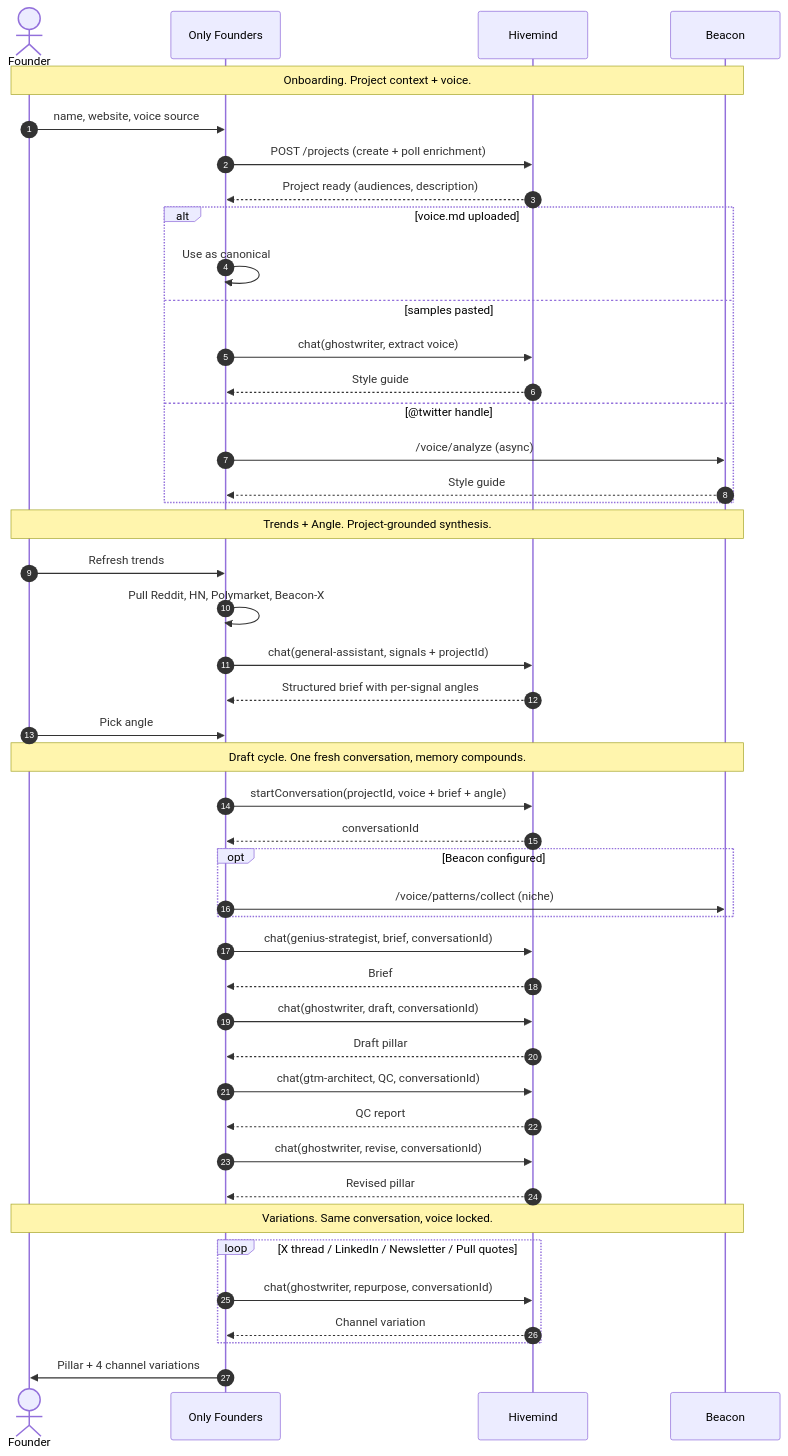
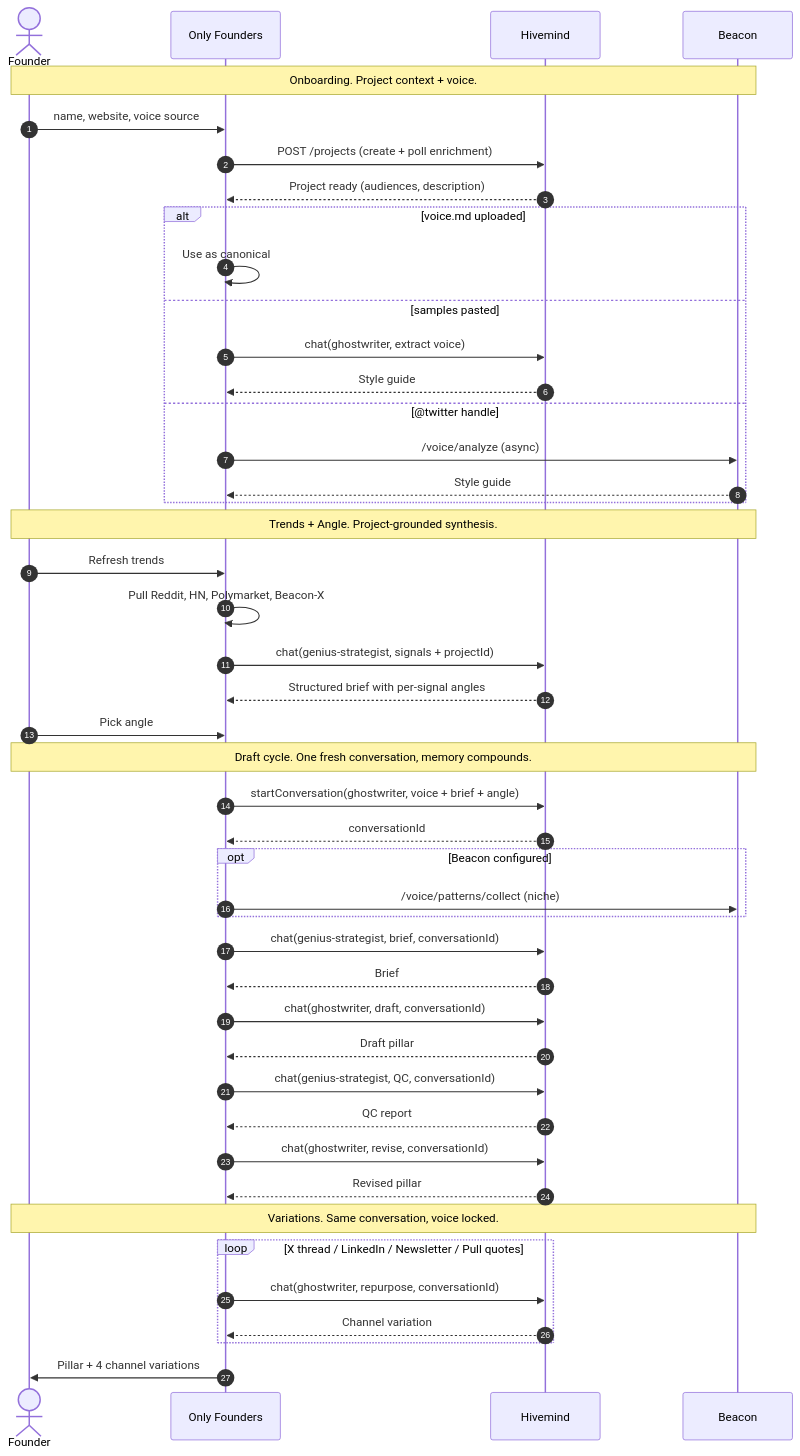
The second of 2 diagrams in README.md (Myosin-xyz/hivemind-hackathon-onlyfounders), drawn with Mermaid before and after one commit. The commit also changed other lines of this file and 5 other files, not shown here.

````diff
--- a/README.md
+++ b/README.md
@@ -43,52 +57,52 @@
 ```mermaid
 sequenceDiagram
     autonumber
     actor F as Founder
     participant App as Only Founders
     participant H as Hivemind
     participant B as Beacon
 
     Note over F,B: Onboarding. Project context + voice.
     F->>App: name, website, voice source
     App->>H: POST /projects (create + poll enrichment)
     H-->>App: Project ready (audiences, description)
     alt voice.md uploaded
         App->>App: Use as canonical
     else samples pasted
         App->>H: chat(ghostwriter, extract voice)
         H-->>App: Style guide
     else @twitter handle
         App->>B: /voice/analyze (async)
         B-->>App: Style guide
     end
 
     Note over F,B: Trends + Angle. Project-grounded synthesis.
     F->>App: Refresh trends
     App->>App: Pull Reddit, HN, Polymarket, Beacon-X
-    App->>H: chat(general-assistant, signals + projectId)
+    App->>H: chat(genius-strategist, signals + projectId)
     H-->>App: Structured brief with per-signal angles
     F->>App: Pick angle
 
     Note over F,B: Draft cycle. One fresh conversation, memory compounds.
-    App->>H: startConversation(projectId, voice + brief + angle)
+    App->>H: startConversation(ghostwriter, voice + brief + angle)
     H-->>App: conversationId
     opt Beacon configured
         App->>B: /voice/patterns/collect (niche)
     end
     App->>H: chat(genius-strategist, brief, conversationId)
     H-->>App: Brief
     App->>H: chat(ghostwriter, draft, conversationId)
     H-->>App: Draft pillar
-    App->>H: chat(gtm-architect, QC, conversationId)
+    App->>H: chat(genius-strategist, QC, conversationId)
     H-->>App: QC report
     App->>H: chat(ghostwriter, revise, conversationId)
     H-->>App: Revised pillar
 
     Note over F,B: Variations. Same conversation, voice locked.
     loop X thread / LinkedIn / Newsletter / Pull quotes
         App->>H: chat(ghostwriter, repurpose, conversationId)
         H-->>App: Channel variation
     end
 
     App->>F: Pillar + 4 channel variations
 ```
````
